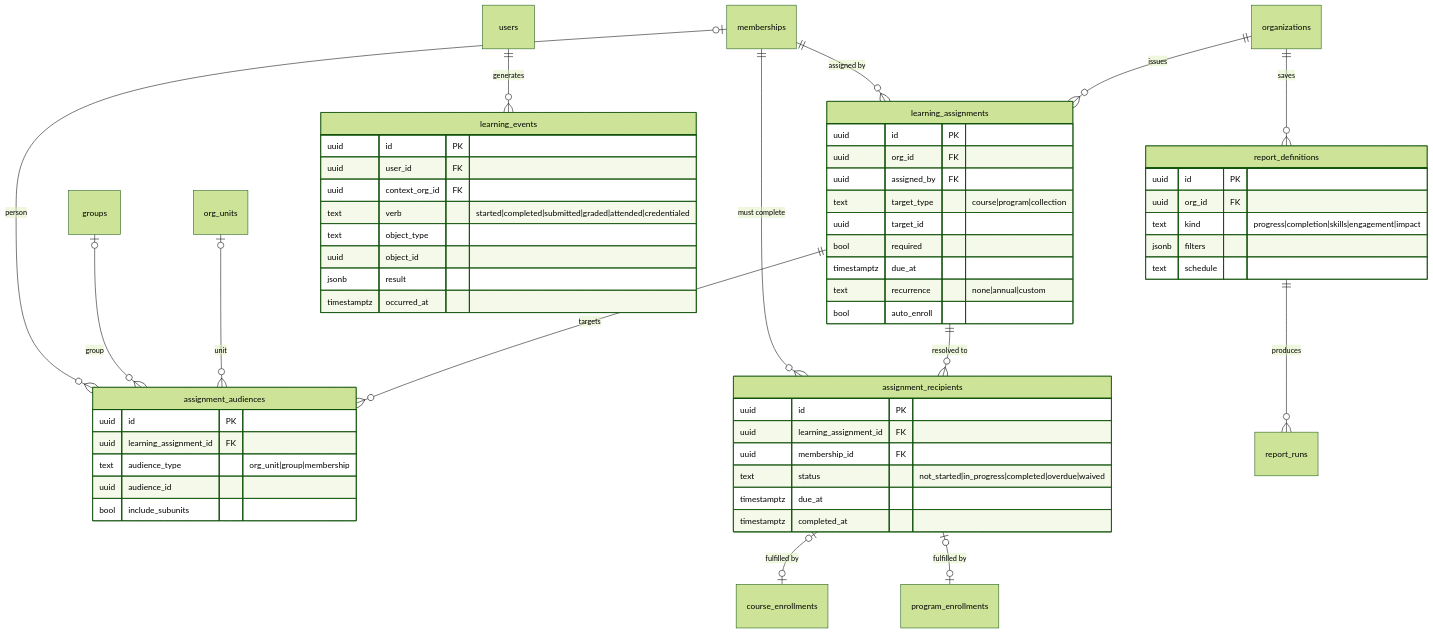
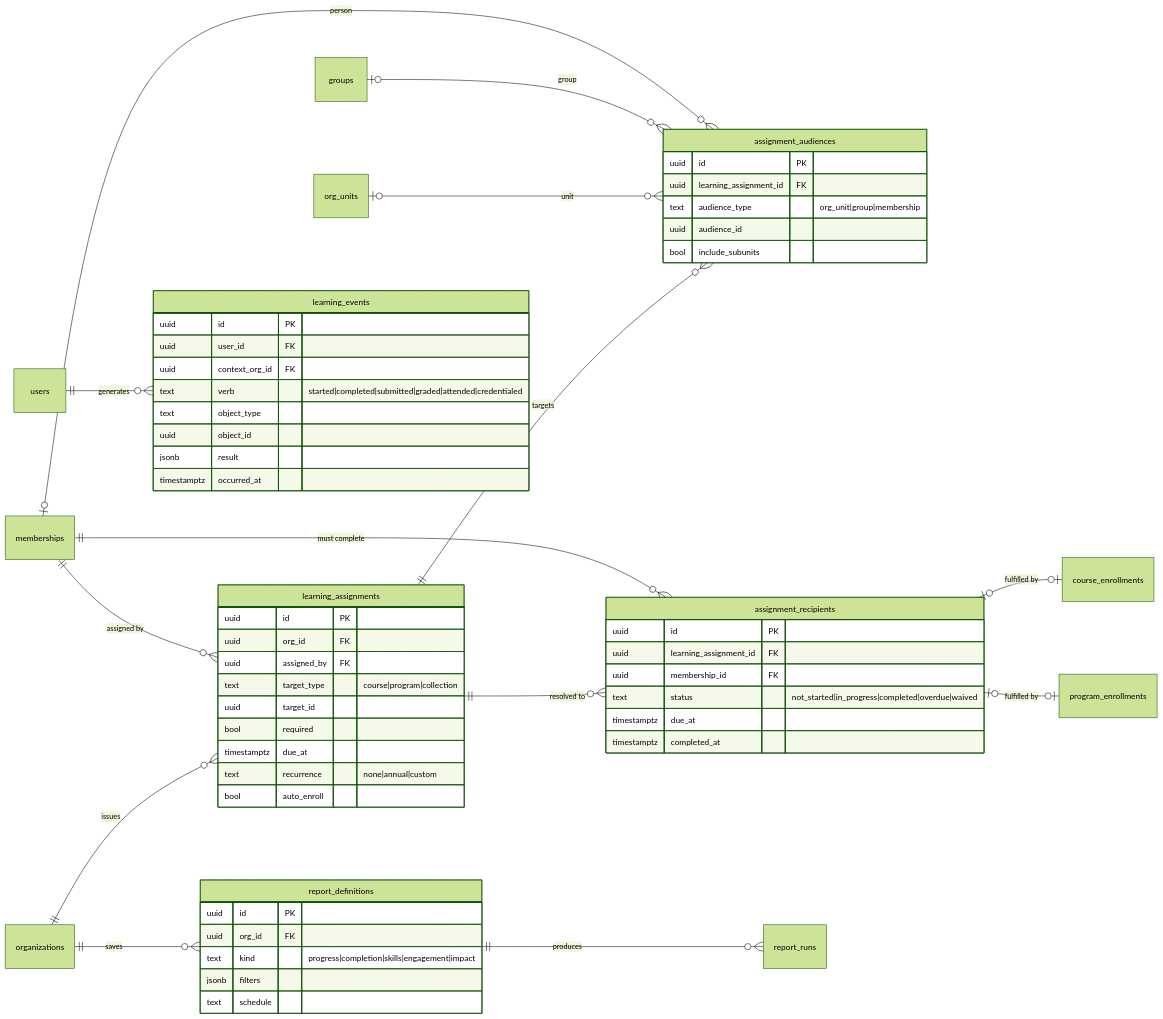
The sixth of 9 diagrams in docs/erd/starter-erd-v0.1.md (TheAfricanDreamLab/dreamlab-api), drawn with Mermaid (forest theme) before and after one commit. The commit also changed other lines of this file and 11 other files, not shown here.

First line of the commit message:
docs: ERD v0.1 as images + PDF, instructors, individual learners (#2)

````diff
--- a/docs/erd/starter-erd-v0.1.md
+++ b/docs/erd/starter-erd-v0.1.md
@@ -657,60 +677,61 @@
 ```mermaid
 erDiagram
+  direction LR
   organizations ||--o{ learning_assignments : "issues"
   memberships ||--o{ learning_assignments : "assigned by"
   learning_assignments ||--o{ assignment_audiences : "targets"
   org_units |o--o{ assignment_audiences : "unit"
   groups |o--o{ assignment_audiences : "group"
   memberships |o--o{ assignment_audiences : "person"
   learning_assignments ||--o{ assignment_recipients : "resolved to"
   memberships ||--o{ assignment_recipients : "must complete"
   assignment_recipients |o--o| course_enrollments : "fulfilled by"
   assignment_recipients |o--o| program_enrollments : "fulfilled by"
   users ||--o{ learning_events : "generates"
   organizations ||--o{ report_definitions : "saves"
   report_definitions ||--o{ report_runs : "produces"
 
   learning_assignments {
     uuid id PK
     uuid org_id FK
     uuid assigned_by FK
     text target_type "course|program|collection"
     uuid target_id
     bool required
     timestamptz due_at
     text recurrence "none|annual|custom"
     bool auto_enroll
   }
   assignment_audiences {
     uuid id PK
     uuid learning_assignment_id FK
     text audience_type "org_unit|group|membership"
     uuid audience_id
     bool include_subunits
   }
   assignment_recipients {
     uuid id PK
     uuid learning_assignment_id FK
     uuid membership_id FK
     text status "not_started|in_progress|completed|overdue|waived"
     timestamptz due_at
     timestamptz completed_at
   }
   learning_events {
     uuid id PK
     uuid user_id FK
     uuid context_org_id FK
     text verb "started|completed|submitted|graded|attended|credentialed"
     text object_type
     uuid object_id
     jsonb result
     timestamptz occurred_at
   }
   report_definitions {
     uuid id PK
     uuid org_id FK
     text kind "progress|completion|skills|engagement|impact"
     jsonb filters
     text schedule
   }
 ```
````
